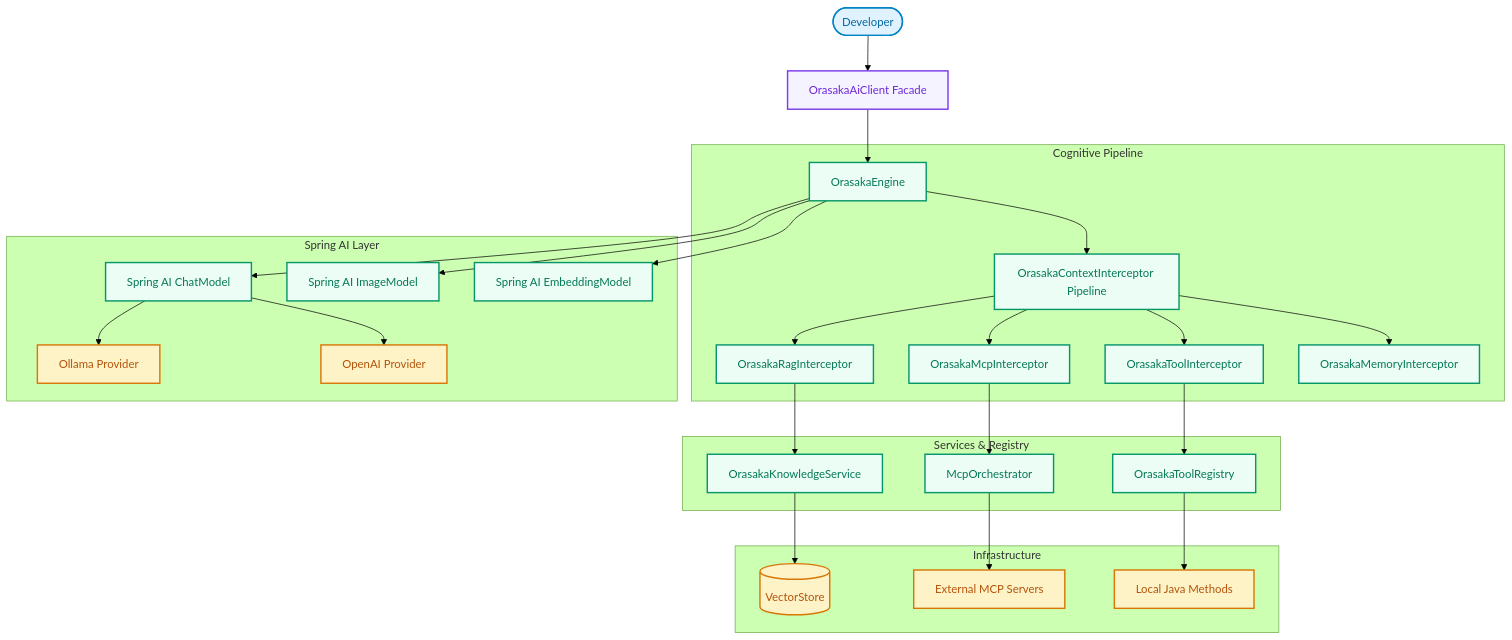
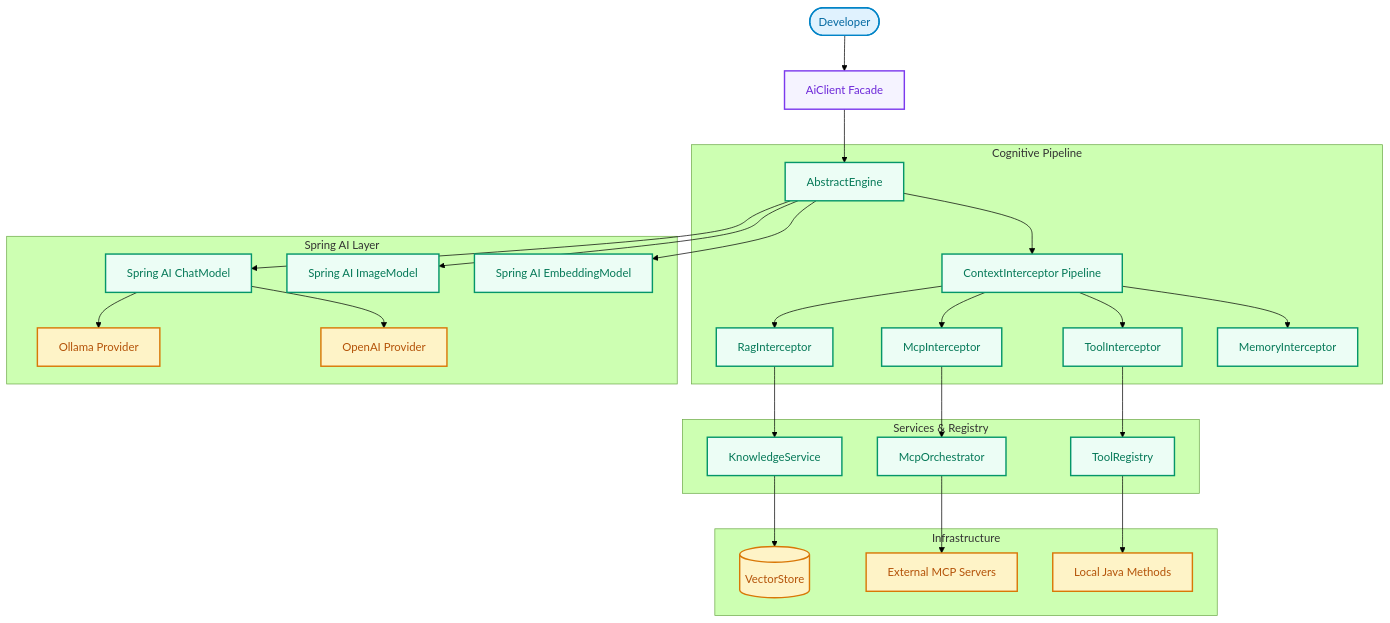
The third of 4 diagrams in docs/ARCHITECTURE.md (oussamaABID/orasaka), drawn with Mermaid (forest theme) before and after one commit. The commit also changed other lines of this file and 481 other files, not shown here.

````diff
--- a/docs/ARCHITECTURE.md
+++ b/docs/ARCHITECTURE.md
@@ -115,44 +125,44 @@
 ```mermaid
 graph TD
-    User([Developer]) --> Client[OrasakaAiClient Facade]
-    Client --> Engine[OrasakaEngine]
+    User([Developer]) --> Client[AiClient Facade]
+    Client --> Engine[AbstractEngine]
     
     subgraph Cognitive Pipeline
-        Engine --> Interceptors[OrasakaContextInterceptor Pipeline]
-        Interceptors --> ToolInterceptor[OrasakaToolInterceptor]
-        Interceptors --> RagInterceptor[OrasakaRagInterceptor]
-        Interceptors --> McpInterceptor[OrasakaMcpInterceptor]
-        Interceptors --> MemoryInterceptor[OrasakaMemoryInterceptor]
+        Engine --> Interceptors[ContextInterceptor Pipeline]
+        Interceptors --> ToolInterceptor[ToolInterceptor]
+        Interceptors --> RagInterceptor[RagInterceptor]
+        Interceptors --> McpInterceptor[McpInterceptor]
+        Interceptors --> MemoryInterceptor[MemoryInterceptor]
     end
     
     subgraph Services & Registry
-        ToolInterceptor --> ToolRegistry[OrasakaToolRegistry]
-        RagInterceptor --> KnowledgeService[OrasakaKnowledgeService]
+        ToolInterceptor --> ToolRegistry[ToolRegistry]
+        RagInterceptor --> KnowledgeService[KnowledgeService]
         McpInterceptor --> McpOrchestrator[McpOrchestrator]
     end
     
     subgraph Spring AI Layer
         Engine --> ChatModel[Spring AI ChatModel]
         Engine --> ImageModel[Spring AI ImageModel]
         Engine --> EmbeddingModel[Spring AI EmbeddingModel]
         
         ChatModel --> Ollama[Ollama Provider]
         ChatModel --> OpenAI[OpenAI Provider]
     end
     
     subgraph Infrastructure
         KnowledgeService --> VectorStore[(VectorStore)]
         McpOrchestrator --> McpServer[External MCP Servers]
         ToolRegistry --> JavaMethods[Local Java Methods]
     end
 
     classDef client fill:#e0f2fe,stroke:#0284c7,stroke-width:2px,color:#0369a1;
     classDef bff fill:#f5f3ff,stroke:#7c3aed,stroke-width:2px,color:#6d28d9;
     classDef core fill:#ecfdf5,stroke:#059669,stroke-width:2px,color:#047857;
     classDef infra fill:#fef3c7,stroke:#d97706,stroke-width:2px,color:#b45309;
     
     class User client;
     class Client bff;
     class Engine,Interceptors,ToolInterceptor,RagInterceptor,McpInterceptor,MemoryInterceptor,ToolRegistry,KnowledgeService,McpOrchestrator,ChatModel,ImageModel,EmbeddingModel core;
     class Ollama,OpenAI,VectorStore,McpServer,JavaMethods infra;
 ```
````
